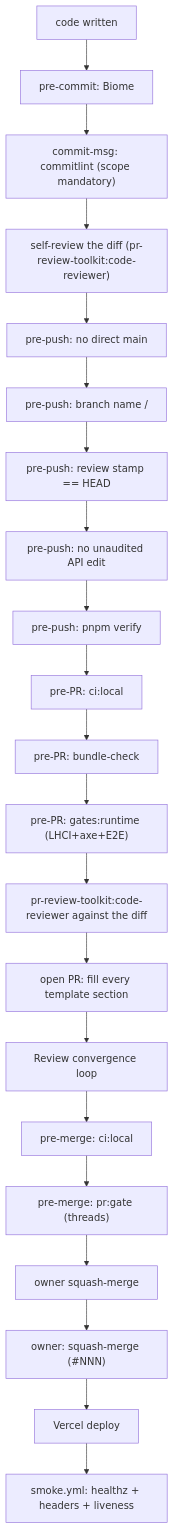
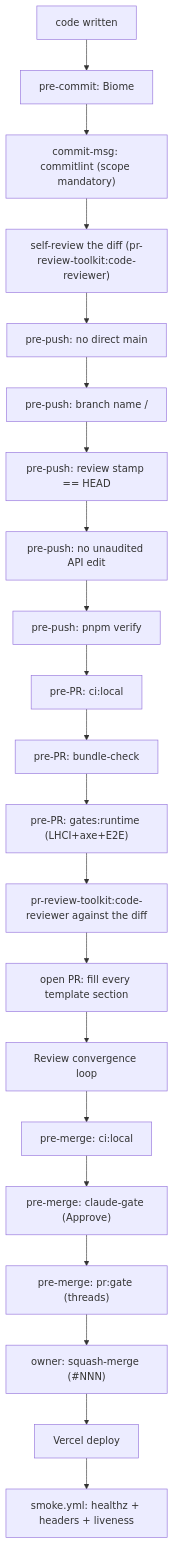
One commit to erikunha/portfolio changed the first of 2 diagrams in docs/handbook/review-merge-release.md. Above: the diagram before and after it, drawn with Mermaid. The commit also changed other lines of this file and 17 other files, not shown here.

Commit message:
feat(ci): restore claude-review — auto on every PR, inline findings, fail-closed gate (#237)

````diff
--- a/docs/handbook/review-merge-release.md
+++ b/docs/handbook/review-merge-release.md
@@ -7,23 +7,23 @@
 ```mermaid
 flowchart TD
     write["code written"] --> c1["pre-commit: Biome"]
     c1 --> c2["commit-msg: commitlint (scope mandatory)"]
     c2 --> battery["self-review the diff (pr-review-toolkit:code-reviewer)"]
     battery --> p1["pre-push: no direct main"]
     p1 --> p2["pre-push: branch name <type>/<desc>"]
     p2 --> p3["pre-push: review stamp == HEAD"]
     p3 --> p4["pre-push: no unaudited API edit"]
     p4 --> p5["pre-push: pnpm verify"]
     p5 --> r1["pre-PR: ci:local"]
     r1 --> r2["pre-PR: bundle-check"]
     r2 --> r4["pre-PR: gates:runtime (LHCI+axe+E2E)"]
     r4 --> r5["pr-review-toolkit:code-reviewer against the diff"]
     r5 --> o1["open PR: fill every template section"]
     o1 --> o2["Review convergence loop"]
     o2 --> m1["pre-merge: ci:local"]
-    m1 --> m3["pre-merge: pr:gate (threads)"]
-    m3 --> m4["owner squash-merge"]
+    m1 --> m3["pre-merge: claude-gate (Approve)"]
+    m3 --> m4["pre-merge: pr:gate (threads)"]
     m4 --> merge["owner: squash-merge (#NNN)"]
     merge --> deploy["Vercel deploy"]
     deploy --> smoke["smoke.yml: healthz + headers + liveness"]
 ```
````
